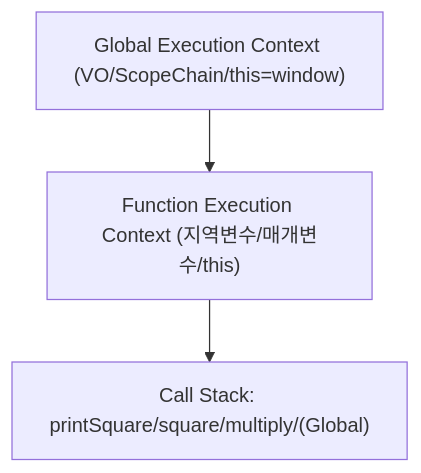
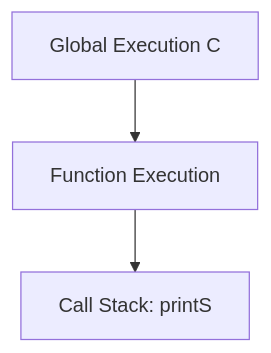
The first of 6 diagrams in _posts/frontend/2026-05-01-javascript-core.md (yjkim2015/yjkim2015.github.io), drawn with Mermaid before and after one commit. The commit also changed other lines of this file and 271 other files, not shown here.

First line of the commit message:
Mermaid 라벨 축소: 긴 노드 텍스트 18자 이하로 트림 + \n 제거

````diff
--- a/_posts/frontend/2026-05-01-javascript-core.md
+++ b/_posts/frontend/2026-05-01-javascript-core.md
@@ -28,7 +28,7 @@
 ```mermaid
 flowchart TD
-    GEC["Global Execution Context (VO/ScopeChain/this=window)"]
-    FEC["Function Execution Context (지역변수/매개변수/this)"]
-    CS["Call Stack: printSquare/square/multiply/(Global)"]
+    GEC["Global Execution C"]
+    FEC["Function Execution"]
+    CS["Call Stack: printS"]
     GEC --> FEC --> CS
 ```
````
